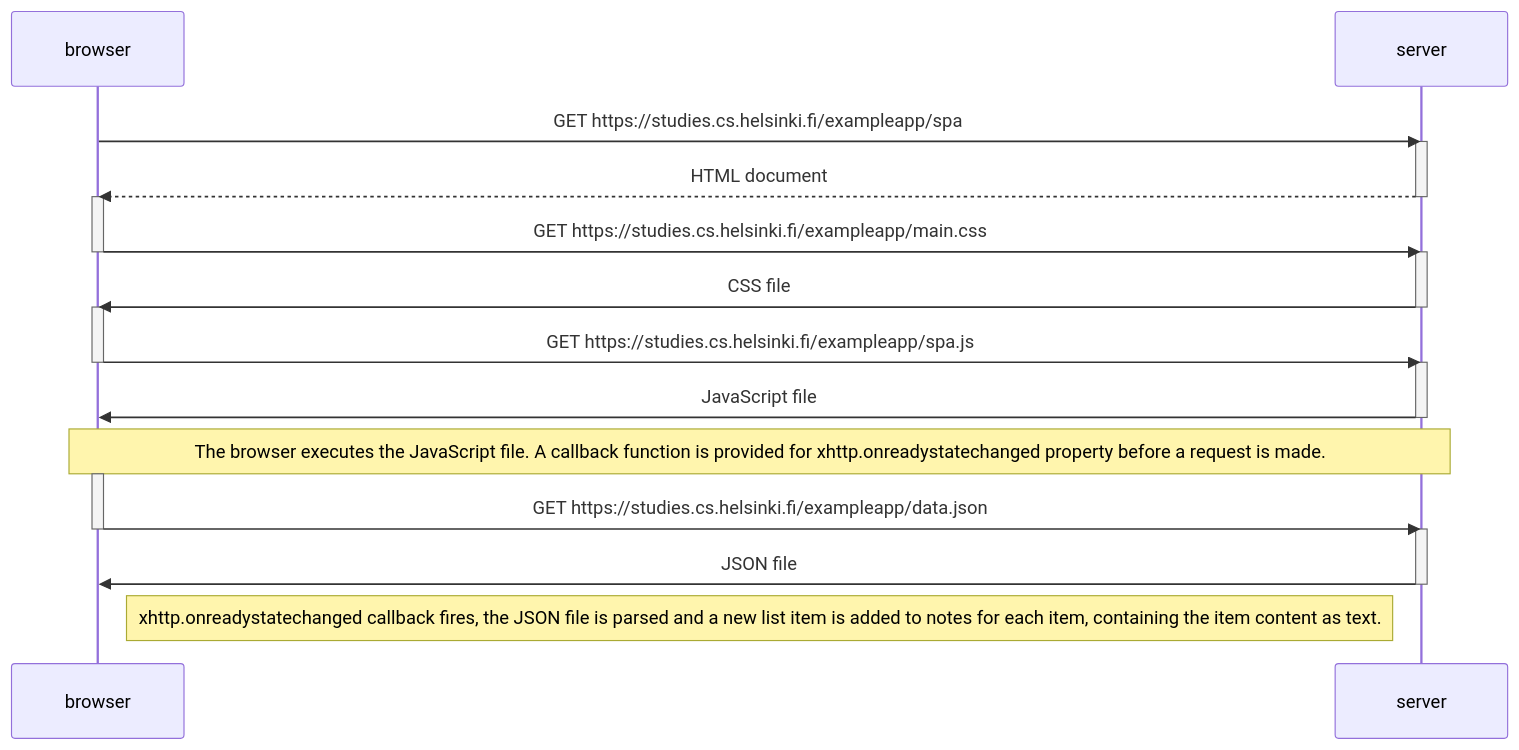
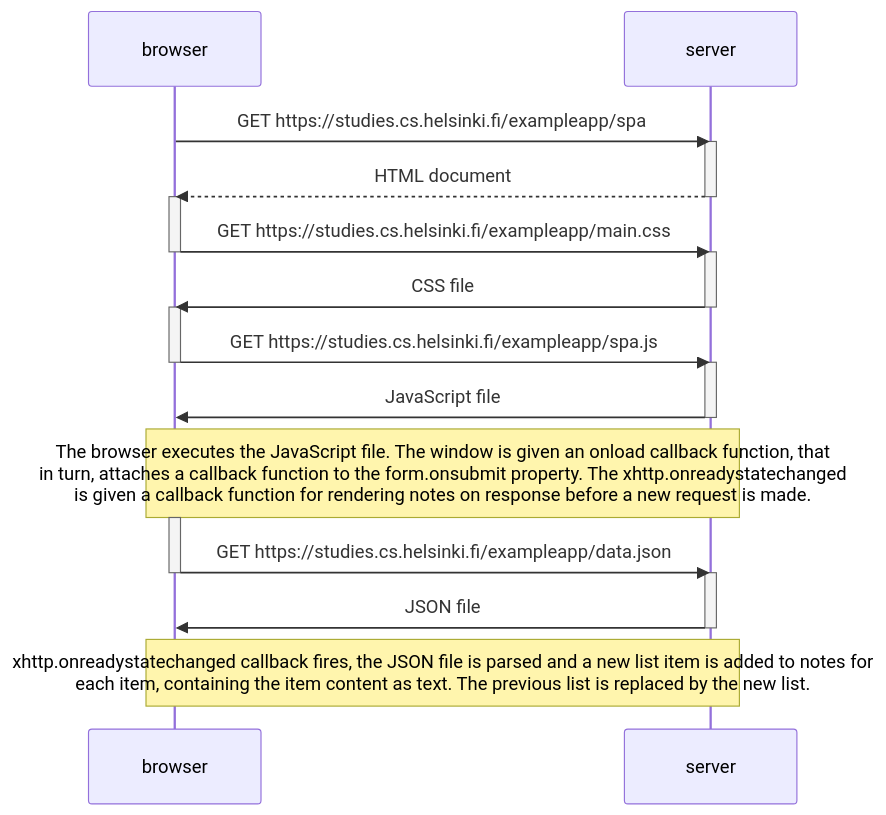
Before and after one commit to Willowfang/FullStackOpen: the second of 2 diagrams in osa0/README.md, drawn with Mermaid.

````diff
--- a/osa0/README.md
+++ b/osa0/README.md
@@ -53,39 +53,39 @@
 ```mermaid
 sequenceDiagram
     participant browser
     participant server
 
     browser->>server: GET https://studies.cs.helsinki.fi/exampleapp/spa
 
     activate server
     server-->>browser: HTML document
     deactivate server
 
     activate browser
     browser->>server: GET https://studies.cs.helsinki.fi/exampleapp/main.css
     deactivate browser
 
     activate server
     server->>browser: CSS file
     deactivate server
 
     activate browser
     browser->>server: GET https://studies.cs.helsinki.fi/exampleapp/spa.js
     deactivate browser
 
     activate server
     server->>browser: JavaScript file
     deactivate server
 
-    Note over browser,server: The browser executes the JavaScript file. A callback function is provided for xhttp.onreadystatechanged property before a request is made.
+    Note over browser,server: The browser executes the JavaScript file. The window is given an onload callback function, that<br/>in turn, attaches a callback function to the form.onsubmit property. The xhttp.onreadystatechanged<br/>is given a callback function for rendering notes on response before a new request is made.
 
     activate browser
     browser->>server: GET https://studies.cs.helsinki.fi/exampleapp/data.json
     deactivate browser
 
     activate server
     server->>browser: JSON file
     deactivate server
 
-    Note right of browser: xhttp.onreadystatechanged callback fires, the JSON file is parsed and a new list item is added to notes for each item, containing the item content as text.
+    Note over browser,server: xhttp.onreadystatechanged callback fires, the JSON file is parsed and a new list item is added to notes for<br/>each item, containing the item content as text. The previous list is replaced by the new list.
 ```
````
